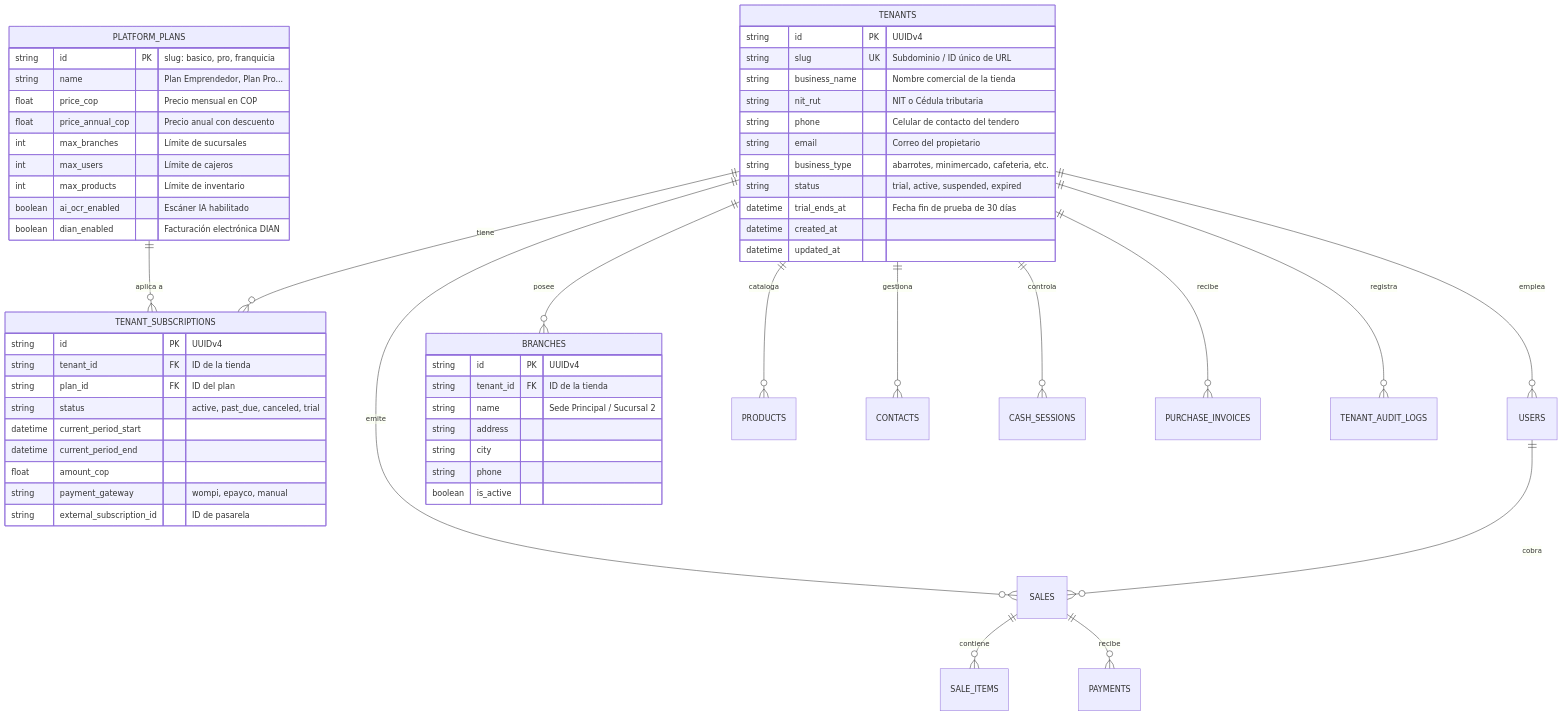
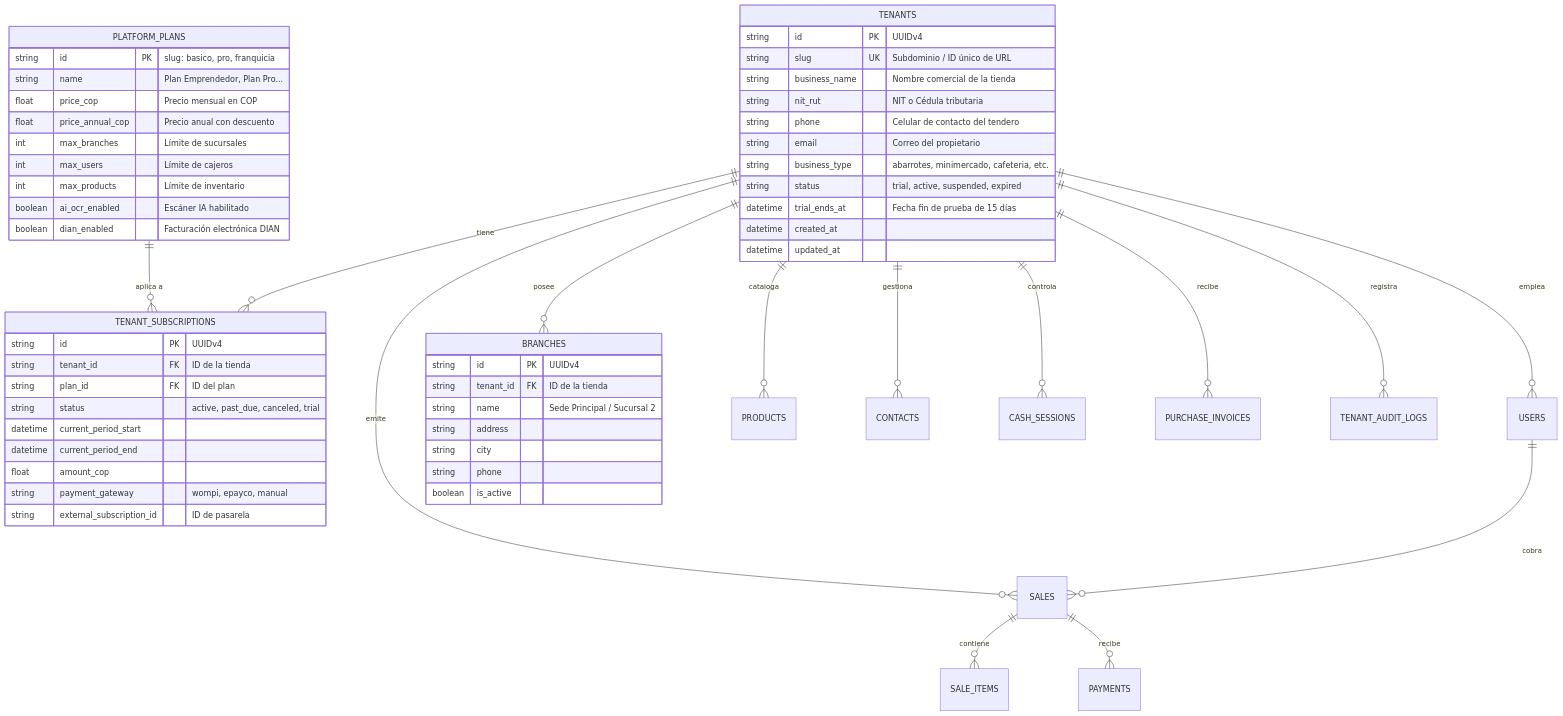
The diagram in docs/PLAN_ARQUITECTURA_SAAS_MULTITENANT_Y_ROLES.md (camilolealdev/Jrpos), drawn with Mermaid before and after one commit. The commit also changed other lines of this file and 4 other files, not shown here.

First line of the commit message:
docs: unificar trial de 15 días, 34 módulos y conteo de tests

````diff
--- a/docs/PLAN_ARQUITECTURA_SAAS_MULTITENANT_Y_ROLES.md
+++ b/docs/PLAN_ARQUITECTURA_SAAS_MULTITENANT_Y_ROLES.md
@@ -91,64 +91,64 @@
 ```mermaid
 erDiagram
     PLATFORM_PLANS ||--o{ TENANT_SUBSCRIPTIONS : "aplica a"
     TENANTS ||--o{ TENANT_SUBSCRIPTIONS : "tiene"
     TENANTS ||--o{ USERS : "emplea"
     TENANTS ||--o{ BRANCHES : "posee"
     TENANTS ||--o{ PRODUCTS : "cataloga"
     TENANTS ||--o{ SALES : "emite"
     TENANTS ||--o{ CONTACTS : "gestiona"
     TENANTS ||--o{ CASH_SESSIONS : "controla"
     TENANTS ||--o{ PURCHASE_INVOICES : "recibe"
     TENANTS ||--o{ TENANT_AUDIT_LOGS : "registra"
     USERS ||--o{ SALES : "cobra"
     SALES ||--o{ SALE_ITEMS : "contiene"
     SALES ||--o{ PAYMENTS : "recibe"
 
     TENANTS {
         string id PK "UUIDv4"
         string slug UK "Subdominio / ID único de URL"
         string business_name "Nombre comercial de la tienda"
         string nit_rut "NIT o Cédula tributaria"
         string phone "Celular de contacto del tendero"
         string email "Correo del propietario"
         string business_type "abarrotes, minimercado, cafeteria, etc."
         string status "trial, active, suspended, expired"
-        datetime trial_ends_at "Fecha fin de prueba de 30 días"
+        datetime trial_ends_at "Fecha fin de prueba de 15 días"
         datetime created_at
         datetime updated_at
     }
 
     PLATFORM_PLANS {
         string id PK "slug: basico, pro, franquicia"
         string name "Plan Emprendedor, Plan Pro..."
         float price_cop "Precio mensual en COP"
         float price_annual_cop "Precio anual con descuento"
         int max_branches "Límite de sucursales"
         int max_users "Límite de cajeros"
         int max_products "Límite de inventario"
         boolean ai_ocr_enabled "Escáner IA habilitado"
         boolean dian_enabled "Facturación electrónica DIAN"
     }
 
     TENANT_SUBSCRIPTIONS {
         string id PK "UUIDv4"
         string tenant_id FK "ID de la tienda"
         string plan_id FK "ID del plan"
         string status "active, past_due, canceled, trial"
         datetime current_period_start
         datetime current_period_end
         float amount_cop
         string payment_gateway "wompi, epayco, manual"
         string external_subscription_id "ID de pasarela"
     }
 
     BRANCHES {
         string id PK "UUIDv4"
         string tenant_id FK "ID de la tienda"
         string name "Sede Principal / Sucursal 2"
         string address
         string city
         string phone
         boolean is_active
     }
 ```
````
